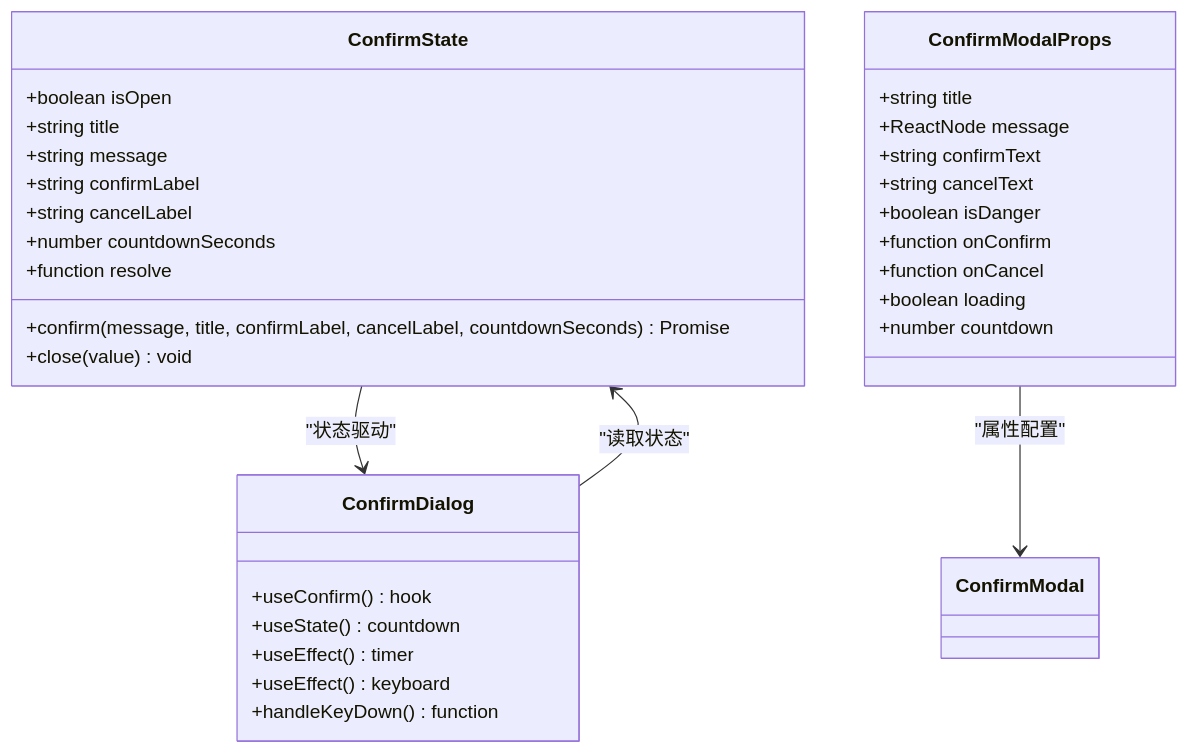
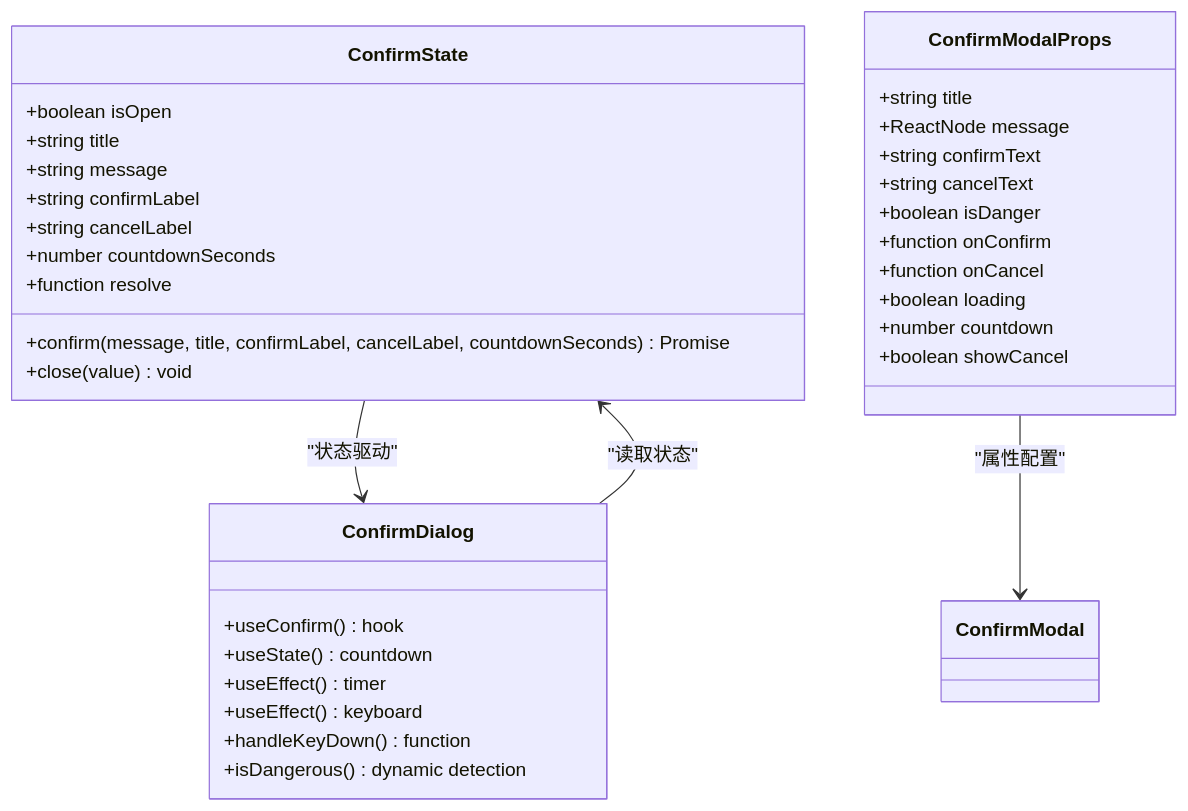
One commit to CubeEdge/Longhorn changed the third of 6 diagrams in .qoder/repowiki/zh/content/Confirm Modal Enhancements.md. Above: the diagram before and after it, drawn with Mermaid. The commit also changed other lines of this file and 28 other files, not shown here.

````diff
--- a/.qoder/repowiki/zh/content/Confirm Modal Enhancements.md
+++ b/.qoder/repowiki/zh/content/Confirm Modal Enhancements.md
@@ -143,35 +157,37 @@
 ```mermaid
 classDiagram
 class ConfirmState {
 +boolean isOpen
 +string title
 +string message
 +string confirmLabel
 +string cancelLabel
 +number countdownSeconds
 +function resolve
 +confirm(message, title, confirmLabel, cancelLabel, countdownSeconds) Promise
 +close(value) void
 }
 class ConfirmModalProps {
 +string title
 +ReactNode message
 +string confirmText
 +string cancelText
 +boolean isDanger
 +function onConfirm
 +function onCancel
 +boolean loading
 +number countdown
++boolean showCancel
 }
 class ConfirmDialog {
 +useConfirm() hook
 +useState() countdown
 +useEffect() timer
 +useEffect() keyboard
 +handleKeyDown() function
++isDangerous() dynamic detection
 }
 ConfirmState --> ConfirmDialog : "状态驱动"
 ConfirmModalProps --> ConfirmModal : "属性配置"
 ConfirmDialog --> ConfirmState : "读取状态"
 ```
````
